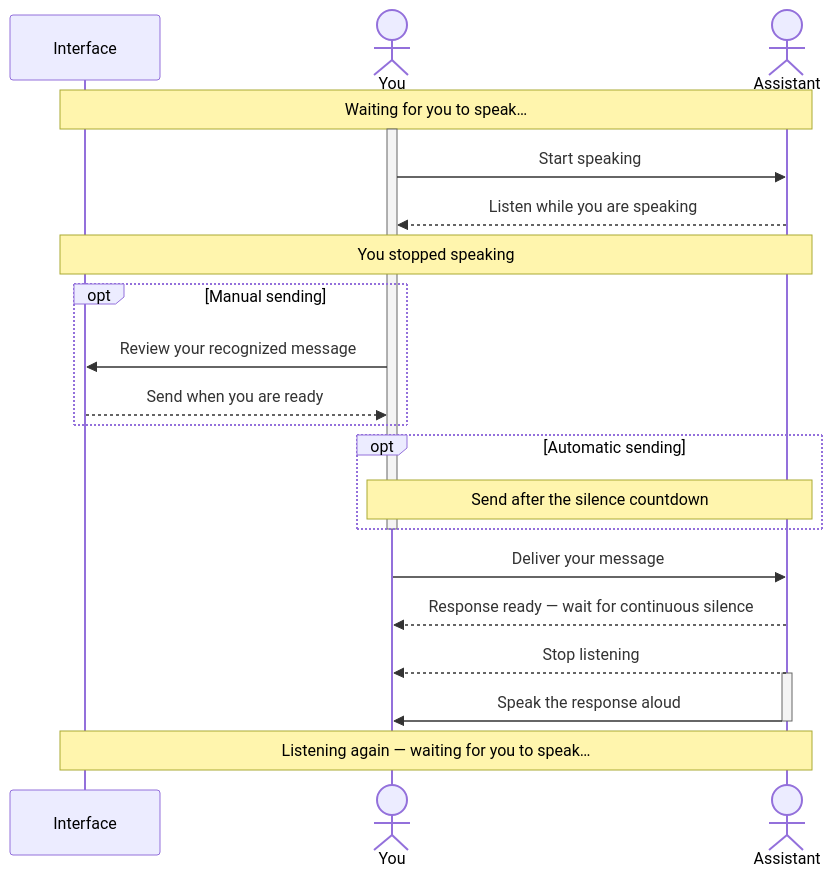
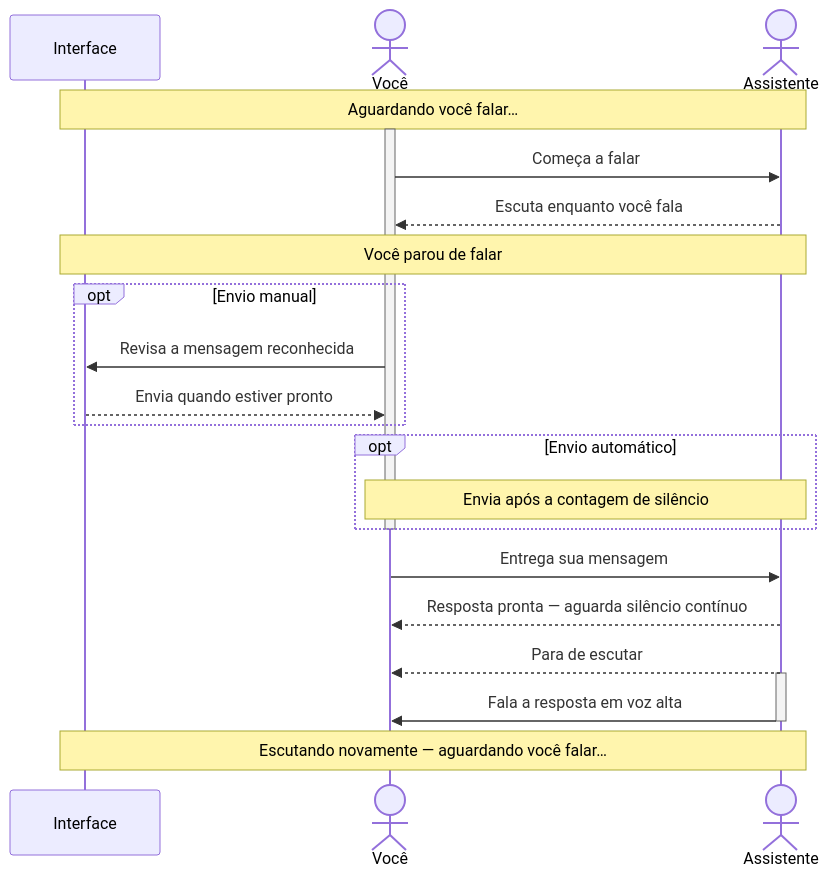
The diagram in README.md (victorwads/dsh-live-voice), drawn with Mermaid before and after one commit. The commit also changed other lines of this file and 1 other file, not shown here.

Commit message:
chore: prepare alpha publication

````diff
--- a/README.md
+++ b/README.md
@@ -40,27 +40,27 @@
 ```mermaid
 sequenceDiagram
     participant Interface
-    actor You
-    actor Assistant
+    actor Você
+    actor Assistente
 
-    Note over Interface,Assistant: Waiting for you to speak…
-    activate You
-    You->>Assistant: Start speaking
-    Assistant-->>You: Listen while you are speaking
-    Note over Interface,Assistant: You stopped speaking
-    opt Manual sending
-        You->>Interface: Review your recognized message
-        Interface-->>You: Send when you are ready
+    Note over Interface,Assistente: Aguardando você falar…
+    activate Você
+    Você->>Assistente: Começa a falar
+    Assistente-->>Você: Escuta enquanto você fala
+    Note over Interface,Assistente: Você parou de falar
+    opt Envio manual
+        Você->>Interface: Revisa a mensagem reconhecida
+        Interface-->>Você: Envia quando estiver pronto
     end
-    opt Automatic sending
-        Note over You,Assistant: Send after the silence countdown
+    opt Envio automático
+        Note over Você,Assistente: Envia após a contagem de silêncio
     end
-    deactivate You
-    You->>Assistant: Deliver your message
-    Assistant-->>You: Response ready — wait for continuous silence
-    Assistant-->>You: Stop listening
-    activate Assistant
-    Assistant->>You: Speak the response aloud
-    deactivate Assistant
-    Note over Interface,Assistant: Listening again — waiting for you to speak…
+    deactivate Você
+    Você->>Assistente: Entrega sua mensagem
+    Assistente-->>Você: Resposta pronta — aguarda silêncio contínuo
+    Assistente-->>Você: Para de escutar
+    activate Assistente
+    Assistente->>Você: Fala a resposta em voz alta
+    deactivate Assistente
+    Note over Interface,Assistente: Escutando novamente — aguardando você falar…
 ```
````
